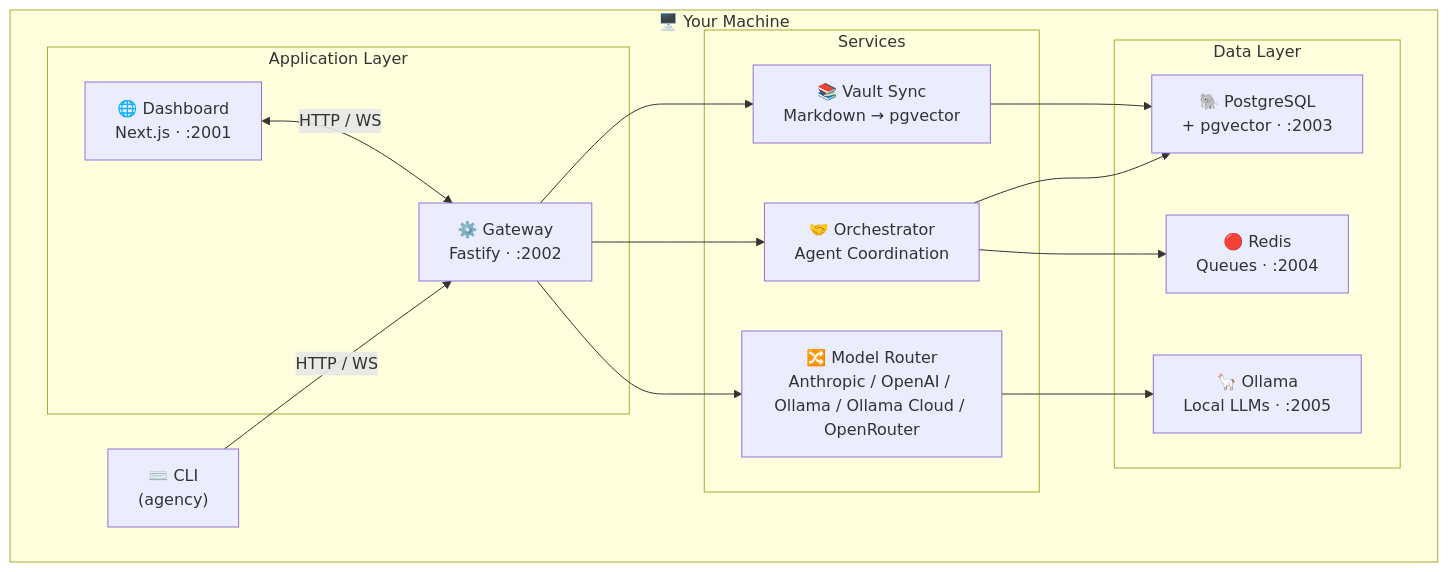
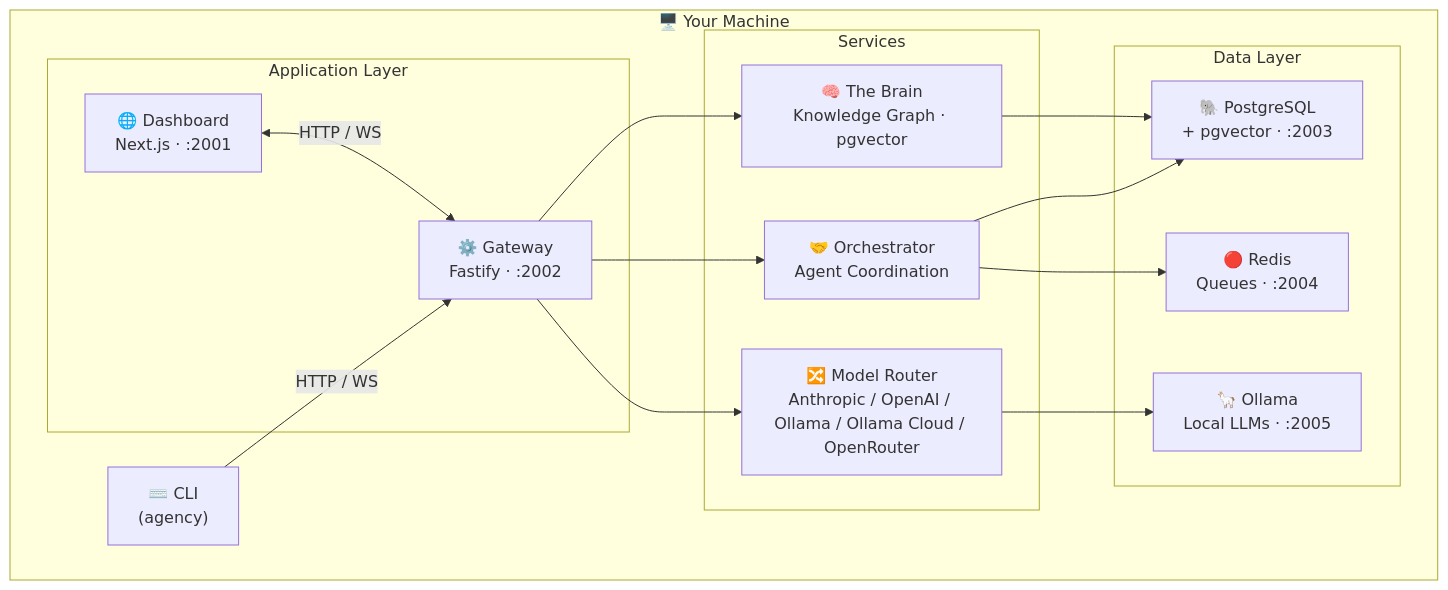
Before and after one commit to SinthetikIndustries/Agency: the diagram in README.md, drawn with Mermaid. The commit also changed other lines of this file and 1 other file, not shown here.

Commit message:
docs: replace Obsidian/vault references with The Brain

````diff
--- a/README.md
+++ b/README.md
@@ -63,33 +63,33 @@
 ```mermaid
 graph TB
     subgraph You["🖥️ Your Machine"]
         CLI["⌨️ CLI<br/>(agency)"]
 
         subgraph App["Application Layer"]
             Dashboard["🌐 Dashboard<br/>Next.js · :2001"]
             Gateway["⚙️ Gateway<br/>Fastify · :2002"]
         end
 
         subgraph Services["Services"]
             Orchestrator["🤝 Orchestrator<br/>Agent Coordination"]
             ModelRouter["🔀 Model Router<br/>Anthropic / OpenAI / Ollama / Ollama Cloud / OpenRouter"]
-            VaultSync["📚 Vault Sync<br/>Markdown → pgvector"]
+            TheBrain["🧠 The Brain<br/>Knowledge Graph · pgvector"]
         end
 
         subgraph Data["Data Layer"]
             Postgres["🐘 PostgreSQL<br/>+ pgvector · :2003"]
             Redis["🔴 Redis<br/>Queues · :2004"]
             Ollama["🦙 Ollama<br/>Local LLMs · :2005"]
         end
     end
 
     CLI -->|"HTTP / WS"| Gateway
     Dashboard <-->|"HTTP / WS"| Gateway
     Gateway --> Orchestrator
     Gateway --> ModelRouter
-    Gateway --> VaultSync
+    Gateway --> TheBrain
     Orchestrator --> Postgres
     Orchestrator --> Redis
     ModelRouter --> Ollama
-    VaultSync --> Postgres
+    TheBrain --> Postgres
 ```
````
